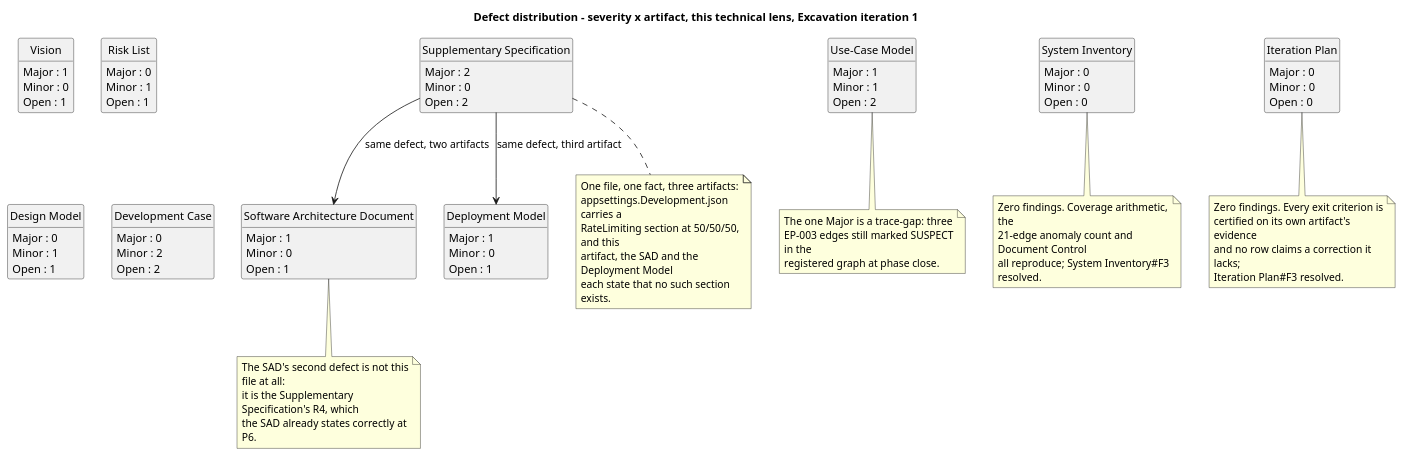
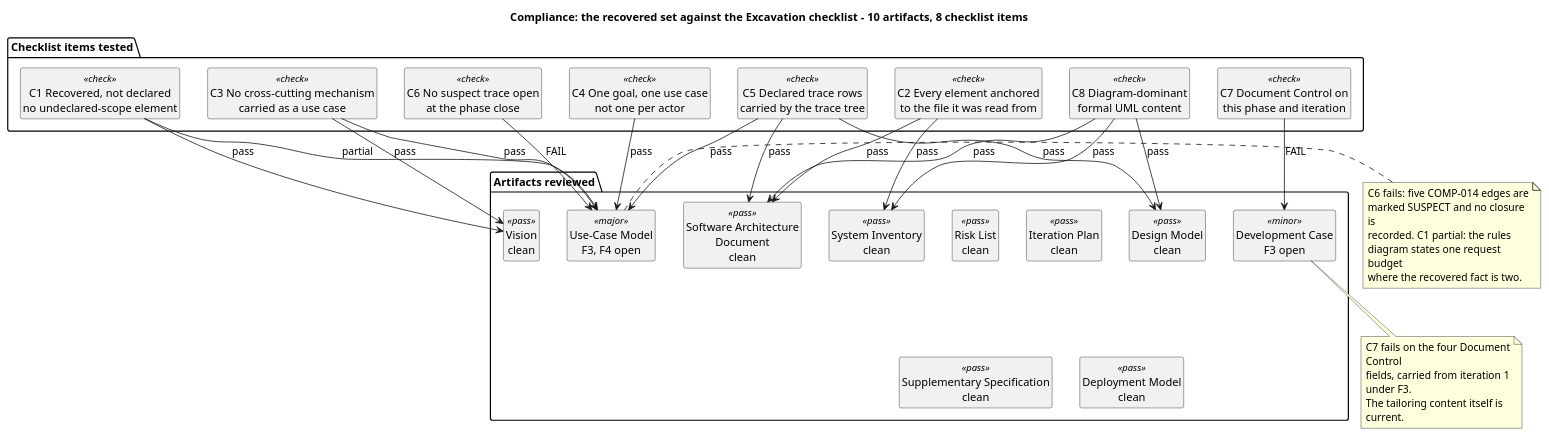
Before and after one commit to banense-test/TodoApp: the third of 12 diagrams in docs/artifacts/project-management/review-record.md, drawn with PlantUML. The commit also changed other lines of this file, not shown here.

First line of the commit message:
Reviewer [Excavation2]: upsert Review Record

````diff
--- a/docs/artifacts/project-management/review-record.md
+++ b/docs/artifacts/project-management/review-record.md
@@ -256,94 +258,65 @@
 ```plantuml
 @startuml
-title Defect distribution - severity x artifact, this technical lens, Excavation iteration 1
+title Compliance: the recovered set against the Excavation checklist - 10 artifacts, 8 checklist items
 
 skinparam shadowing false
 skinparam classAttributeIconSize 0
-skinparam wrapWidth 220
+skinparam wrapWidth 210
 hide circle
 hide empty members
 
-class "Supplementary Specification" as SS {
-  Major : 2
-  Minor : 0
-  Open : 2
-}
-class "Software Architecture Document" as SAD {
-  Major : 1
-  Minor : 0
-  Open : 1
-}
-class "Deployment Model" as DEP {
-  Major : 1
-  Minor : 0
-  Open : 1
-}
-class "Use-Case Model" as UCM {
-  Major : 1
-  Minor : 1
-  Open : 2
-}
-class "Vision" as VIS {
-  Major : 1
-  Minor : 0
-  Open : 1
-}
-class "Risk List" as RL {
-  Major : 0
-  Minor : 1
-  Open : 1
-}
-class "Design Model" as DM {
-  Major : 0
-  Minor : 1
-  Open : 1
-}
-class "Development Case" as DC {
-  Major : 0
-  Minor : 2
-  Open : 2
-}
-class "System Inventory" as SI {
-  Major : 0
-  Minor : 0
-  Open : 0
-}
-class "Iteration Plan" as IP {
-  Major : 0
-  Minor : 0
-  Open : 0
+package "Checklist items tested" {
+  class "C1 Recovered, not declared\nno undeclared-scope element" as C1 <<check>>
+  class "C2 Every element anchored\nto the file it was read from" as C2 <<check>>
+  class "C3 No cross-cutting mechanism\ncarried as a use case" as C3 <<check>>
+  class "C4 One goal, one use case\nnot one per actor" as C4 <<check>>
+  class "C5 Declared trace rows\ncarried by the trace tree" as C5 <<check>>
+  class "C6 No suspect trace open\nat the phase close" as C6 <<check>>
+  class "C7 Document Control on\nthis phase and iteration" as C7 <<check>>
+  class "C8 Diagram-dominant\nformal UML content" as C8 <<check>>
 }
 
-note bottom of SS
-  One file, one fact, three artifacts:
-  appsettings.Development.json carries a
-  RateLimiting section at 50/50/50, and this
-  artifact, the SAD and the Deployment Model
-  each state that no such section exists.
+package "Artifacts reviewed" {
+  class "Development Case\nF3 open" as A_DC <<minor>>
+  class "System Inventory\nclean" as A_SI <<pass>>
+  class "Risk List\nclean" as A_RL <<pass>>
+  class "Iteration Plan\nclean" as A_IP <<pass>>
+  class "Vision\nclean" as A_VIS <<pass>>
+  class "Use-Case Model\nF3, F4 open" as A_UCM <<major>>
+  class "Supplementary Specification\nclean" as A_SS <<pass>>
+  class "Software Architecture Document\nclean" as A_SAD <<pass>>
+  class "Deployment Model\nclean" as A_DM <<pass>>
+  class "Design Model\nclean" as A_DES <<pass>>
+}
+
+C1 --> A_UCM : partial
+C1 --> A_VIS : pass
+C2 --> A_SI : pass
+C2 --> A_SAD : pass
+C3 --> A_UCM : pass
+C3 --> A_VIS : pass
+C4 --> A_UCM : pass
+C5 --> A_UCM : pass
+C5 --> A_DES : pass
+C5 --> A_SAD : pass
+C6 --> A_UCM : FAIL
+C7 --> A_DC : FAIL
+C8 --> A_SI : pass
+C8 --> A_SAD : pass
+C8 --> A_DES : pass
+
+note right of A_UCM
+  C6 fails: five COMP-014 edges are
+  marked SUSPECT and no closure is
+  recorded. C1 partial: the rules
+  diagram states one request budget
+  where the recovered fact is two.
 end note
-note bottom of SAD
-  The SAD's second defect is not this file at all:
-  it is the Supplementary Specification's R4, which
-  the SAD already states correctly at P6.
-end note
-note bottom of UCM
-  The one Major is a trace-gap: three
-  EP-003 edges still marked SUSPECT in the
-  registered graph at phase close.
-end note
-note bottom of SI
-  Zero findings. Coverage arithmetic, the
-  21-edge anomaly count and Document Control
-  all reproduce; System Inventory#F3 resolved.
-end note
-note bottom of IP
-  Zero findings. Every exit criterion is
-  certified on its own artifact's evidence
-  and no row claims a correction it lacks;
-  Iteration Plan#F3 resolved.
+note bottom of A_DC
+  C7 fails on the four Document Control
+  fields, carried from iteration 1 under F3.
+  The tailoring content itself is current.
 end note
 
-SS --> SAD : same defect, two artifacts
-SS --> DEP : same defect, third artifact
 @enduml
 ```
````
